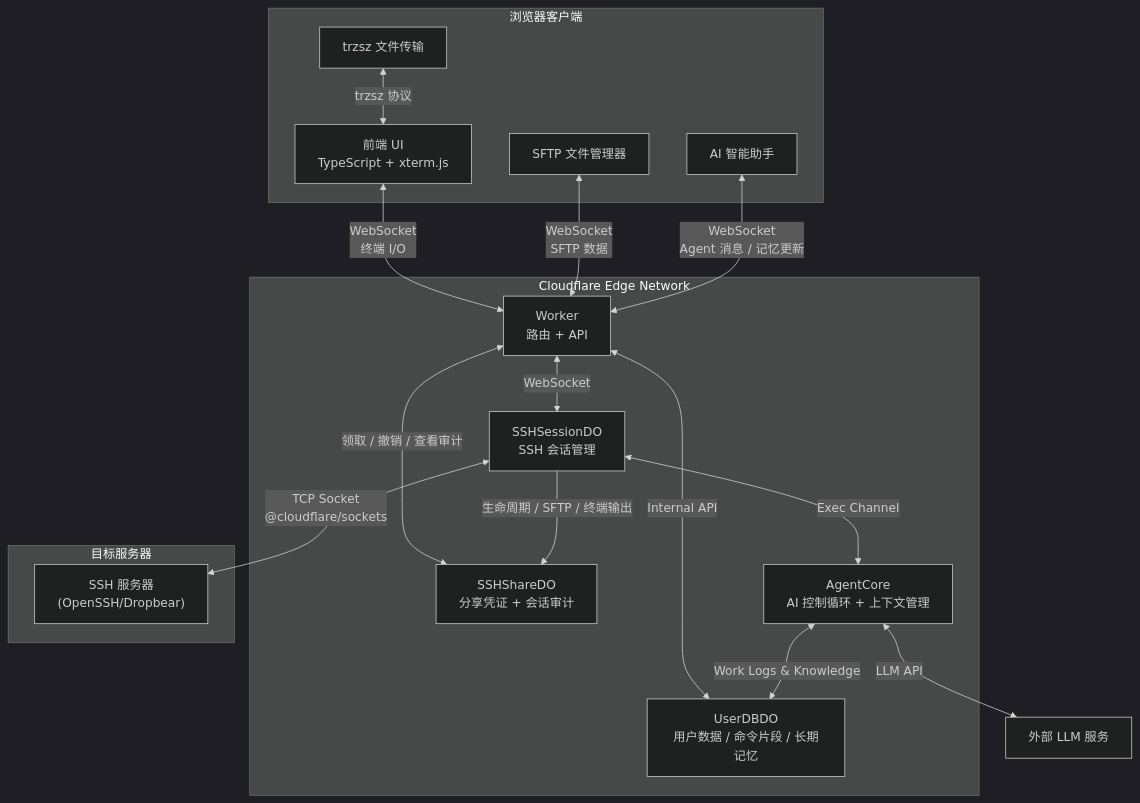
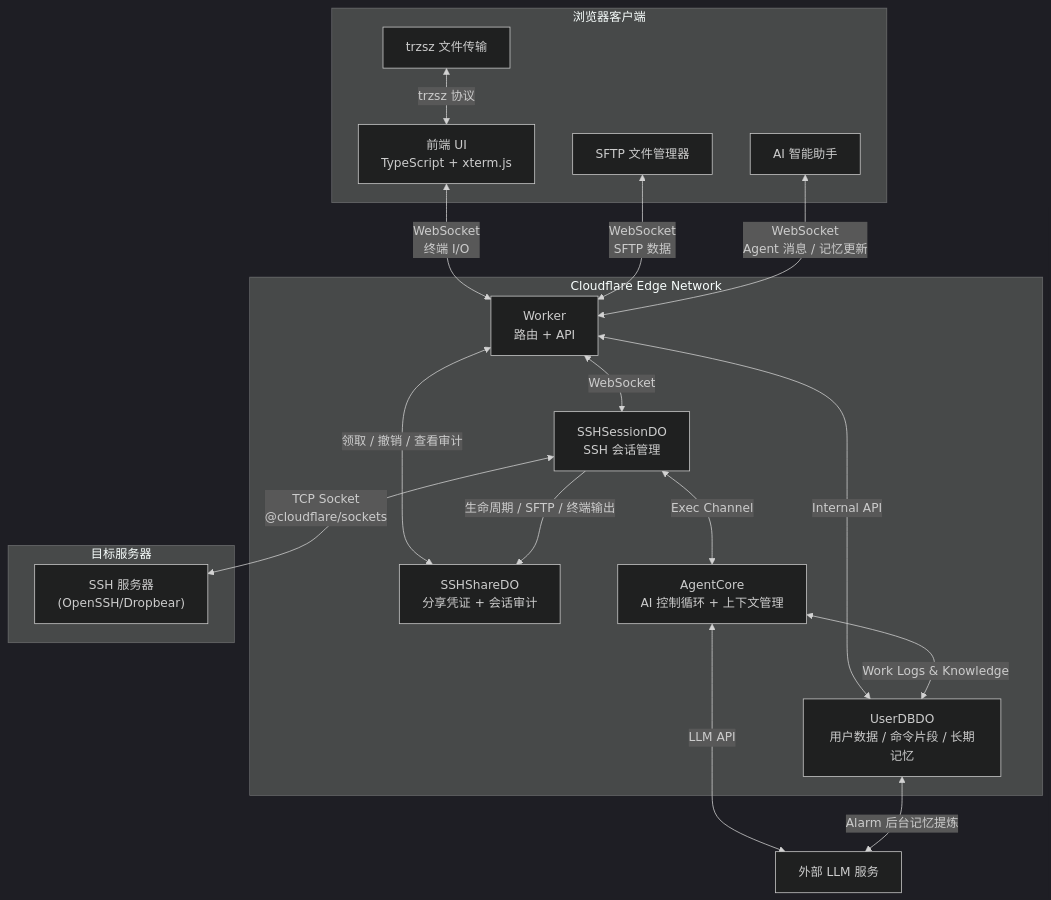
Before and after one commit to newbietan/CloudSSH: the diagram in README.md, drawn with Mermaid (dark theme). The commit also changed other lines of this file and 40 other files, not shown here.

````diff
--- a/README.md
+++ b/README.md
@@ -138,34 +138,35 @@
 ```mermaid
 flowchart TB
     subgraph "浏览器客户端"
         UI["前端 UI<br/>TypeScript + xterm.js"]
         SFTP["SFTP 文件管理器"]
         Agent["AI 智能助手"]
         Trzsz["trzsz 文件传输"]
     end
 
     subgraph "Cloudflare Edge Network"
         Worker["Worker<br/>路由 + API"]
         SSH_DO["SSHSessionDO<br/>SSH 会话管理"]
         User_DO["UserDBDO<br/>用户数据 / 命令片段 / 长期记忆"]
         Share_DO["SSHShareDO<br/>分享凭证 + 会话审计"]
         AgentCore["AgentCore<br/>AI 控制循环 + 上下文管理"]
     end
 
     subgraph "目标服务器"
         SSH["SSH 服务器<br/>(OpenSSH/Dropbear)"]
     end
 
     UI <-->|"WebSocket<br/>终端 I/O"| Worker
     SFTP <-->|"WebSocket<br/>SFTP 数据"| Worker
     Agent <-->|"WebSocket<br/>Agent 消息 / 记忆更新"| Worker
     Trzsz <-->|"trzsz 协议"| UI
     Worker <-->|"WebSocket"| SSH_DO
     Worker <-->|"Internal API"| User_DO
     Worker <-->|"领取 / 撤销 / 查看审计"| Share_DO
     SSH_DO -->|"生命周期 / SFTP / 终端输出"| Share_DO
     SSH_DO <-->|"TCP Socket<br/>@cloudflare/sockets"| SSH
     SSH_DO <-->|"Exec Channel"| AgentCore
     AgentCore <-->|"Work Logs & Knowledge"| User_DO
     AgentCore <-->|"LLM API"| External["外部 LLM 服务"]
+    User_DO <-->|"Alarm 后台记忆提炼"| External
 ```
````
